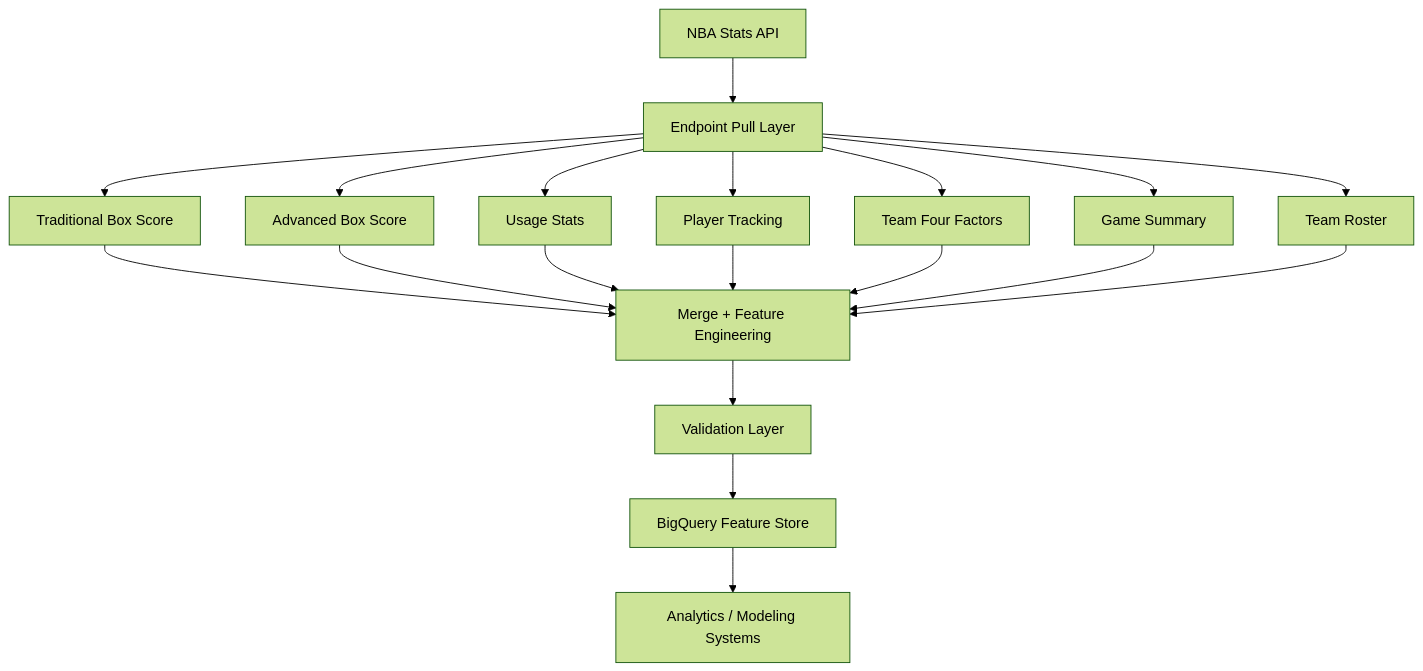
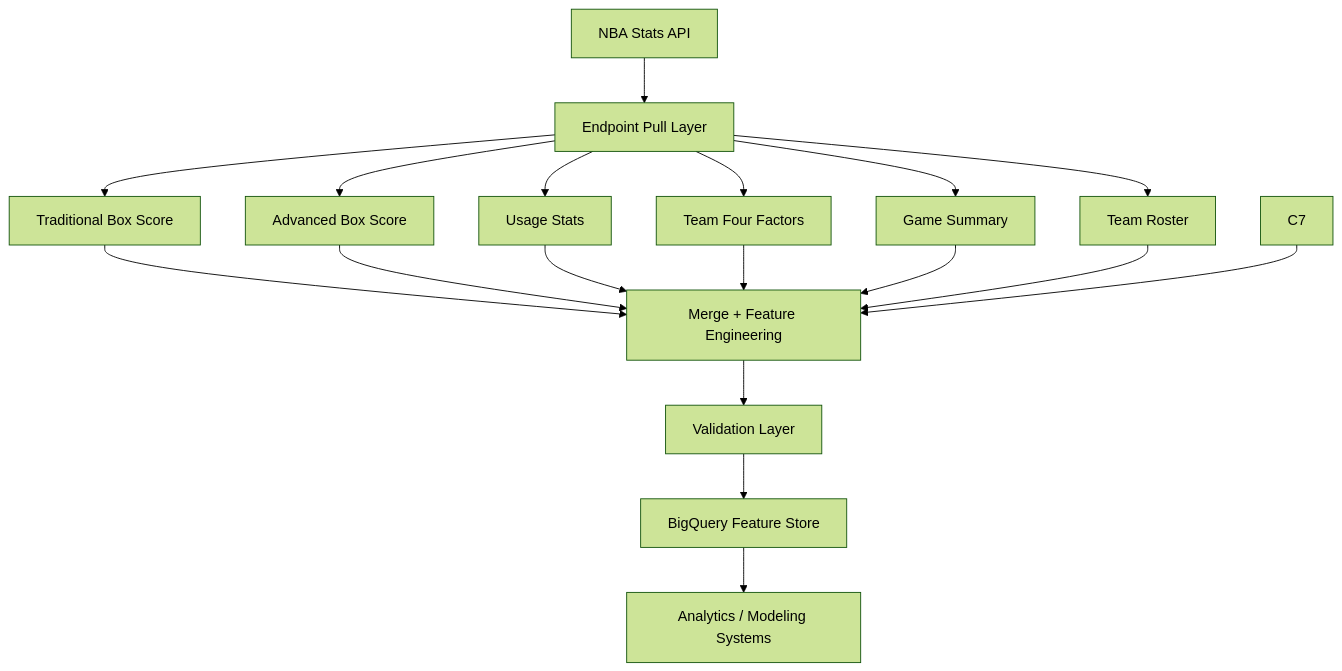
The diagram in README.md (zh412/nba-feature-store), drawn with Mermaid (forest theme) before and after one commit. The commit also changed other lines of this file and 6 other files, not shown here.

````diff
--- a/README.md
+++ b/README.md
@@ -193,27 +193,26 @@
 ```mermaid
 flowchart TD
 
 A[NBA Stats API] --> B[Endpoint Pull Layer]
 
 B --> C1[Traditional Box Score]
 B --> C2[Advanced Box Score]
 B --> C3[Usage Stats]
-B --> C4[Player Tracking]
-B --> C5[Team Four Factors]
-B --> C6[Game Summary]
-B --> C7[Team Roster]
+B --> C4[Team Four Factors]
+B --> C5[Game Summary]
+B --> C6[Team Roster]
 
 C1 --> D[Merge + Feature Engineering]
 C2 --> D
 C3 --> D
 C4 --> D
 C5 --> D
 C6 --> D
 C7 --> D
 
 D --> E[Validation Layer]
 
 E --> F[BigQuery Feature Store]
 
 F --> G[Analytics / Modeling Systems]
 ```
````
